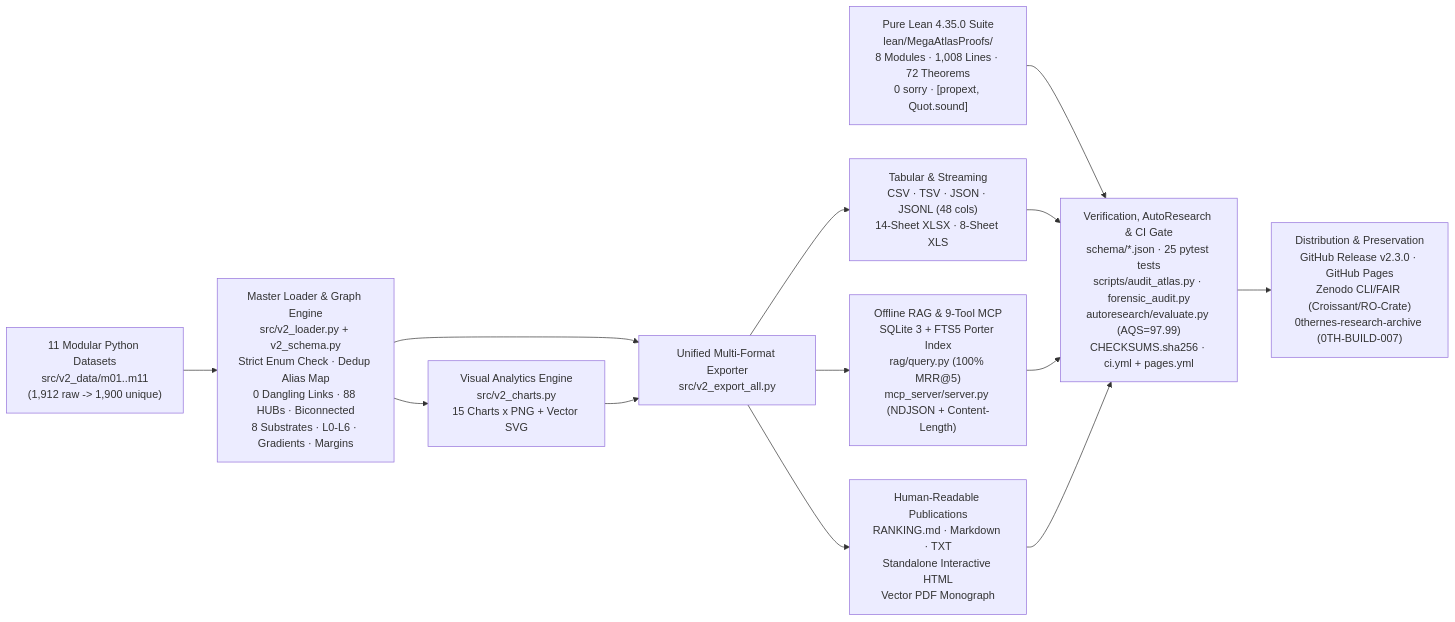
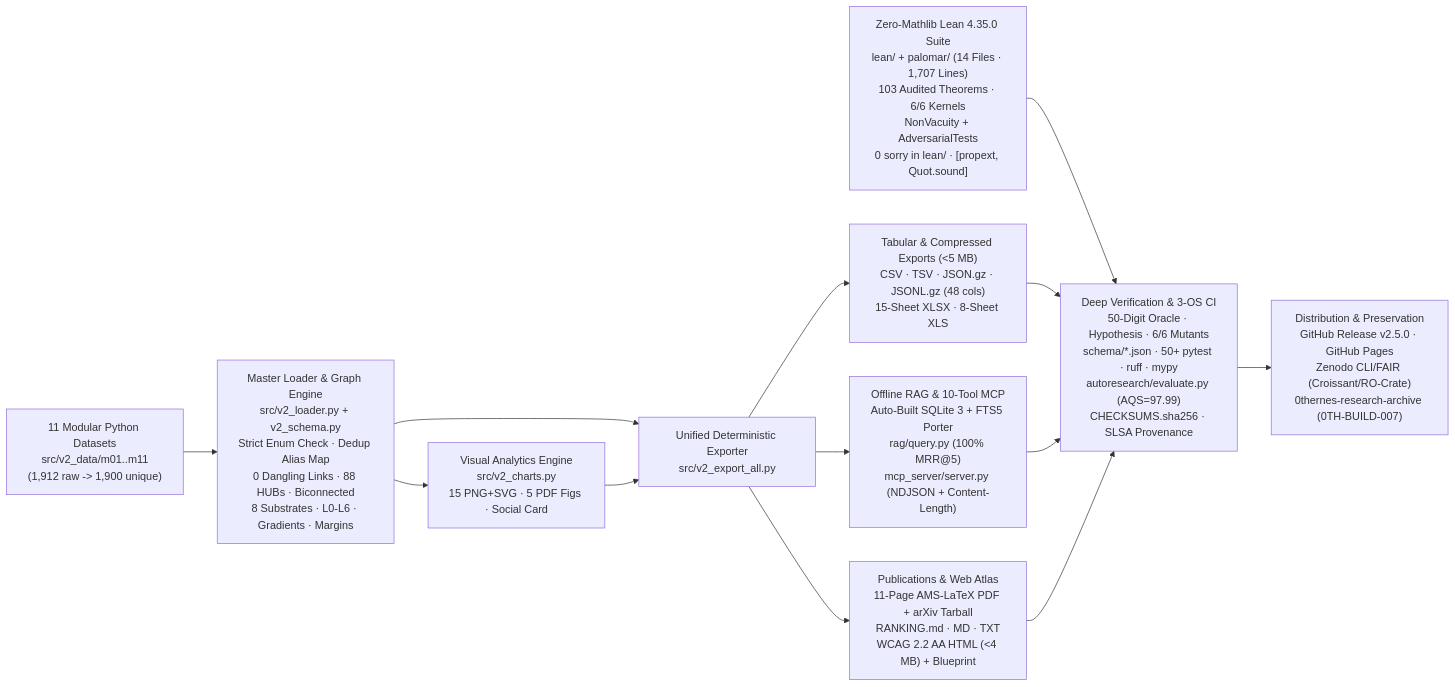
The diagram in ARCHITECTURE.md (0thernes/unsolved-problems-mega-atlas), drawn with Mermaid before and after one commit. The commit also changed other lines of this file and 127 other files, not shown here.

Commit message:
v2.5.0: Round 2 hostile-referee hardening (103 Lean thms + 10 adversarial refutations, 10 archive entries, 11-page PDF, REUSE/SPDX, Crossref retractions)

````diff
--- a/ARCHITECTURE.md
+++ b/ARCHITECTURE.md
@@ -3,15 +5,15 @@
 ```mermaid
 flowchart LR
     A["11 Modular Python Datasets\nsrc/v2_data/m01..m11\n(1,912 raw -> 1,900 unique)"] --> B["Master Loader & Graph Engine\nsrc/v2_loader.py + v2_schema.py\nStrict Enum Check · Dedup Alias Map\n0 Dangling Links · 88 HUBs · Biconnected\n8 Substrates · L0-L6 · Gradients · Margins"]
-    B --> C["Visual Analytics Engine\nsrc/v2_charts.py\n15 Charts x PNG + Vector SVG"]
-    B --> D["Unified Multi-Format Exporter\nsrc/v2_export_all.py"]
+    B --> C["Visual Analytics Engine\nsrc/v2_charts.py\n15 PNG+SVG · 5 PDF Figs · Social Card"]
+    B --> D["Unified Deterministic Exporter\nsrc/v2_export_all.py"]
     C --> D
-    D --> E1["Tabular & Streaming\nCSV · TSV · JSON · JSONL (48 cols)\n14-Sheet XLSX · 8-Sheet XLS"]
-    D --> E2["Offline RAG & 9-Tool MCP\nSQLite 3 + FTS5 Porter Index\nrag/query.py (100% MRR@5)\nmcp_server/server.py (NDJSON + Content-Length)"]
-    D --> E3["Human-Readable Publications\nRANKING.md · Markdown · TXT\nStandalone Interactive HTML\nVector PDF Monograph"]
-    F["Pure Lean 4.35.0 Suite\nlean/MegaAtlasProofs/\n8 Modules · 1,008 Lines · 72 Theorems\n0 sorry · [propext, Quot.sound]"] --> G["Verification, AutoResearch & CI Gate\nschema/*.json · 25 pytest tests\nscripts/audit_atlas.py · forensic_audit.py\nautoresearch/evaluate.py (AQS=97.99)\nCHECKSUMS.sha256 · ci.yml + pages.yml"]
+    D --> E1["Tabular & Compressed Exports (<5 MB)\nCSV · TSV · JSON.gz · JSONL.gz (48 cols)\n15-Sheet XLSX · 8-Sheet XLS"]
+    D --> E2["Offline RAG & 10-Tool MCP\nAuto-Built SQLite 3 + FTS5 Porter\nrag/query.py (100% MRR@5)\nmcp_server/server.py (NDJSON + Content-Length)"]
+    D --> E3["Publications & Web Atlas\n11-Page AMS-LaTeX PDF + arXiv Tarball\nRANKING.md · MD · TXT\nWCAG 2.2 AA HTML (<4 MB) + Blueprint"]
+    F["Zero-Mathlib Lean 4.35.0 Suite\nlean/ + palomar/ (14 Files · 1,707 Lines)\n103 Audited Theorems · 6/6 Kernels\nNonVacuity + AdversarialTests\n0 sorry in lean/ · [propext, Quot.sound]"] --> G["Deep Verification & 3-OS CI\n50-Digit Oracle · Hypothesis · 6/6 Mutants\nschema/*.json · 50+ pytest · ruff · mypy\nautoresearch/evaluate.py (AQS=97.99)\nCHECKSUMS.sha256 · SLSA Provenance"]
     E1 --> G
     E2 --> G
     E3 --> G
-    G --> H["Distribution & Preservation\nGitHub Release v2.3.0 · GitHub Pages\nZenodo CLI/FAIR (Croissant/RO-Crate)\n0thernes-research-archive (0TH-BUILD-007)"]
+    G --> H["Distribution & Preservation\nGitHub Release v2.5.0 · GitHub Pages\nZenodo CLI/FAIR (Croissant/RO-Crate)\n0thernes-research-archive (0TH-BUILD-007)"]
 ```
````
